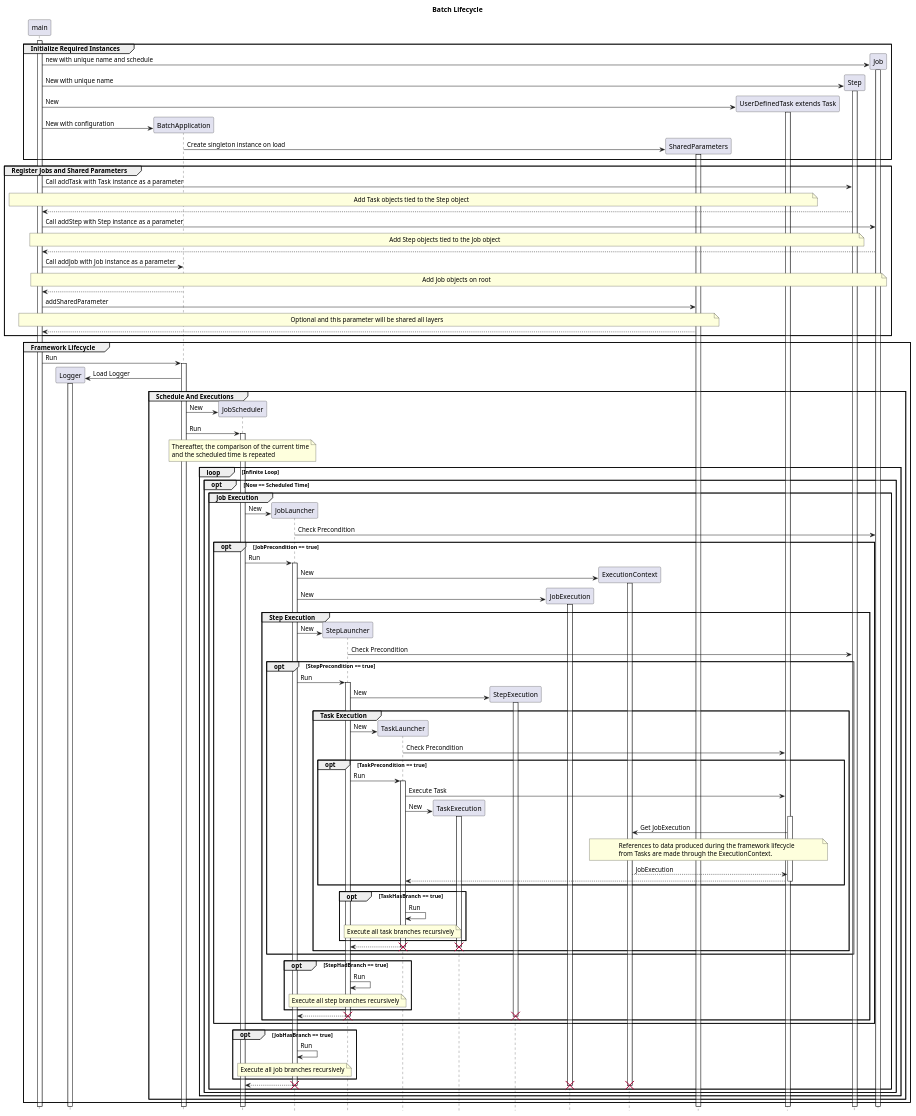
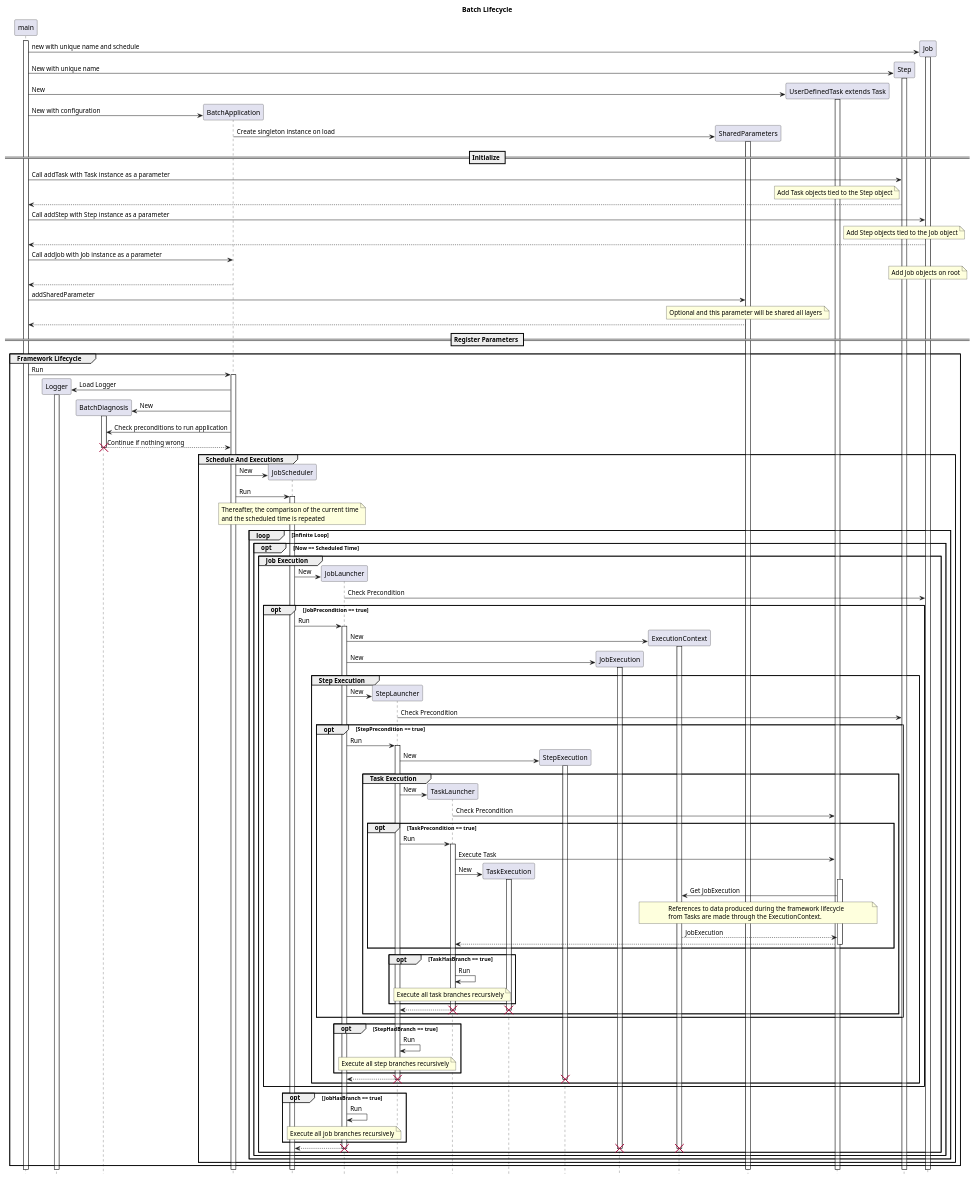
Before and after one commit to runchise/batch.dart: the diagram in design/sequence.pu, drawn with PlantUML. The commit also changed 1 other file, not shown here.

```diff
--- a/design/sequence.pu
+++ b/design/sequence.pu
@@ -1,181 +1,191 @@
 @startuml Batch Lifecycle
 title Batch Lifecycle
 hide footbox
 
 participant main
 participant Logger
+participant BatchDiagnosis
 participant BatchApplication
 participant JobScheduler
 participant JobLauncher
 participant StepLauncher
 participant TaskLauncher
 participant TaskExecution
 participant StepExecution
 participant JobExecution
 participant ExecutionContext
 participant SharedParameters
 participant "UserDefinedTask extends Task" as Task
 participant Step
 participant Job
 
 activate main
 
-group Initialize Required Instances
-    create Job
-    main -> Job: new with unique name and schedule
-    activate Job
-    create Step
-    main -> Step: New with unique name
-    activate Step
+create Job
+main -> Job: new with unique name and schedule
+activate Job
+create Step
+main -> Step: New with unique name
+activate Step
 
-    create Task
-    main -> Task: New
-    activate Task
+create Task
+main -> Task: New
+activate Task
 
-    create BatchApplication
-    main -> BatchApplication: New with configuration
+create BatchApplication
+main -> BatchApplication: New with configuration
 
-    create SharedParameters
-    BatchApplication -> SharedParameters: Create singleton instance on load
-    activate SharedParameters
-end
+create SharedParameters
+BatchApplication -> SharedParameters: Create singleton instance on load
+activate SharedParameters
 
-group Register Jobs and Shared Parameters
-    main -> Step: Call addTask with Task instance as a parameter
-    note over main, Task: Add Task objects tied to the Step object
-    main <-- Step
+== Initialize ==
 
-    main -> Job: Call addStep with Step instance as a parameter
-    note over main, Step: Add Step objects tied to the Job object
-    main <-- Job
+main -> Step: Call addTask with Task instance as a parameter
+note over Task: Add Task objects tied to the Step object
+main <-- Step
 
-    main -> BatchApplication: Call addJob with Job instance as a parameter
-    note over main, Job: Add Job objects on root
-    main <-- BatchApplication
+main -> Job: Call addStep with Step instance as a parameter
+note over Step: Add Step objects tied to the Job object
+main <-- Job
 
-    main -> SharedParameters: addSharedParameter
-    note over main, SharedParameters: Optional and this parameter will be shared all layers
-    main <-- SharedParameters
-end
+main -> BatchApplication: Call addJob with Job instance as a parameter
+note over Job: Add Job objects on root
+main <-- BatchApplication
+
+main -> SharedParameters: addSharedParameter
+note over SharedParameters: Optional and this parameter will be shared all layers
+main <-- SharedParameters
+
+== Register Parameters ==
 
 group Framework Lifecycle
     main -> BatchApplication: Run
     activate BatchApplication
 
     create Logger
     BatchApplication -> Logger: Load Logger
     activate Logger
+
+    create BatchDiagnosis
+    BatchApplication -> BatchDiagnosis: New
+    activate BatchDiagnosis
+
+    BatchApplication -> BatchDiagnosis: Check preconditions to run application
+    BatchApplication <-- BatchDiagnosis: Continue if nothing wrong
+    deactivate BatchDiagnosis
+    destroy BatchDiagnosis
 
     group Schedule And Executions
         create JobScheduler
         BatchApplication -> JobScheduler: New
         BatchApplication -> JobScheduler: Run
         activate JobScheduler
 
         note over JobScheduler
             Thereafter, the comparison of the current time
             and the scheduled time is repeated
         end note
 
         loop Infinite Loop
             opt Now == Scheduled Time
                 group Job Execution
                     create JobLauncher
                     JobScheduler -> JobLauncher: New
                     JobLauncher -> Job: Check Precondition
 
                     opt JobPrecondition == true
                         JobScheduler -> JobLauncher: Run
                         activate JobLauncher
 
                         create ExecutionContext
                         JobLauncher -> ExecutionContext: New
                         activate ExecutionContext
 
                         create JobExecution
                         JobLauncher -> JobExecution: New
                         activate JobExecution
 
                         group Step Execution
                             create StepLauncher
                             JobLauncher -> StepLauncher: New
                             StepLauncher -> Step: Check Precondition
 
                             opt StepPrecondition == true
                                 JobLauncher -> StepLauncher: Run
                                 activate StepLauncher
 
                                 create StepExecution
                                 StepLauncher -> StepExecution: New
                                 activate StepExecution
 
                                 group Task Execution
                                     create TaskLauncher
                                     StepLauncher -> TaskLauncher: New
                                     TaskLauncher -> Task: Check Precondition
 
                                     opt TaskPrecondition == true
                                         StepLauncher -> TaskLauncher: Run
                                         activate TaskLauncher
                                         TaskLauncher -> Task: Execute Task
 
                                         create TaskExecution
                                         TaskLauncher -> TaskExecution: New
                                         activate TaskExecution
 
                                         activate Task
                                         Task -> ExecutionContext: Get JobExecution
                                         note over Task, ExecutionContext
                                             References to data produced during the framework lifecycle
                                             from Tasks are made through the ExecutionContext.
                                         end note
                                         Task <-- ExecutionContext: JobExecution
 
                                         TaskLauncher <-- Task
                                         deactivate Task
                                     end
 
                                     opt TaskHasBranch == true
                                         TaskLauncher -> TaskLauncher: Run
                                         note over TaskLauncher: Execute all task branches recursively
                                     end
 
                                     StepLauncher <-- TaskLauncher
                                     deactivate TaskExecution
                                     destroy TaskExecution
                                     deactivate TaskLauncher
                                     destroy TaskLauncher
                                 end
                             end
 
                             opt StepHadBranch == true
                                 StepLauncher -> StepLauncher: Run
                                 note over StepLauncher: Execute all step branches recursively
                             end
 
                             JobLauncher <-- StepLauncher
                             deactivate StepExecution
                             destroy StepExecution
                             deactivate StepLauncher
                             destroy StepLauncher
                         end
                     end
 
                     opt JobHasBranch == true
                         JobLauncher -> JobLauncher: Run
                         note over JobLauncher: Execute all job branches recursively
                     end
 
                     JobScheduler <-- JobLauncher
                     deactivate JobExecution
                     destroy JobExecution
                     deactivate ExecutionContext
                     destroy ExecutionContext
                     deactivate JobLauncher
                     destroy JobLauncher
                 end
             end
         end
     end
 end
 @enduml
```
